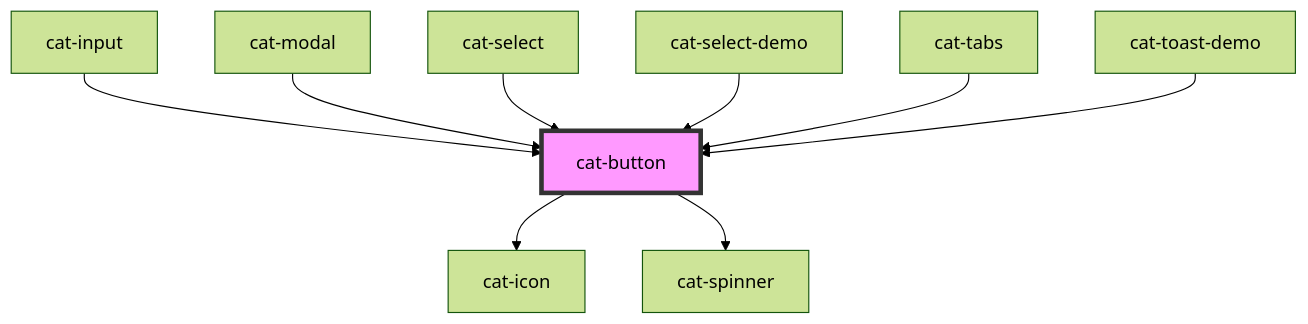
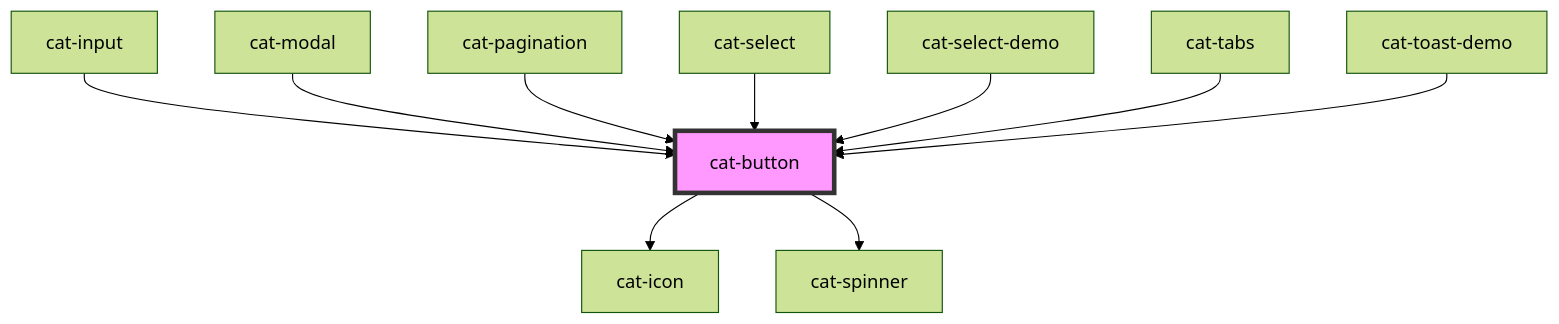
One commit to haiilo/catalyst changed the diagram in core/src/components/cat-button/readme.md. Above: the diagram before and after it, drawn with Mermaid (forest theme). The commit also changed other lines of this file and 8 other files, not shown here.

````diff
--- a/core/src/components/cat-button/readme.md
+++ b/core/src/components/cat-button/readme.md
@@ -79,12 +81,13 @@
 ```mermaid
 graph TD;
   cat-button --> cat-icon
   cat-button --> cat-spinner
   cat-input --> cat-button
   cat-modal --> cat-button
+  cat-pagination --> cat-button
   cat-select --> cat-button
   cat-select-demo --> cat-button
   cat-tabs --> cat-button
   cat-toast-demo --> cat-button
   style cat-button fill:#f9f,stroke:#333,stroke-width:4px
 ```
````
